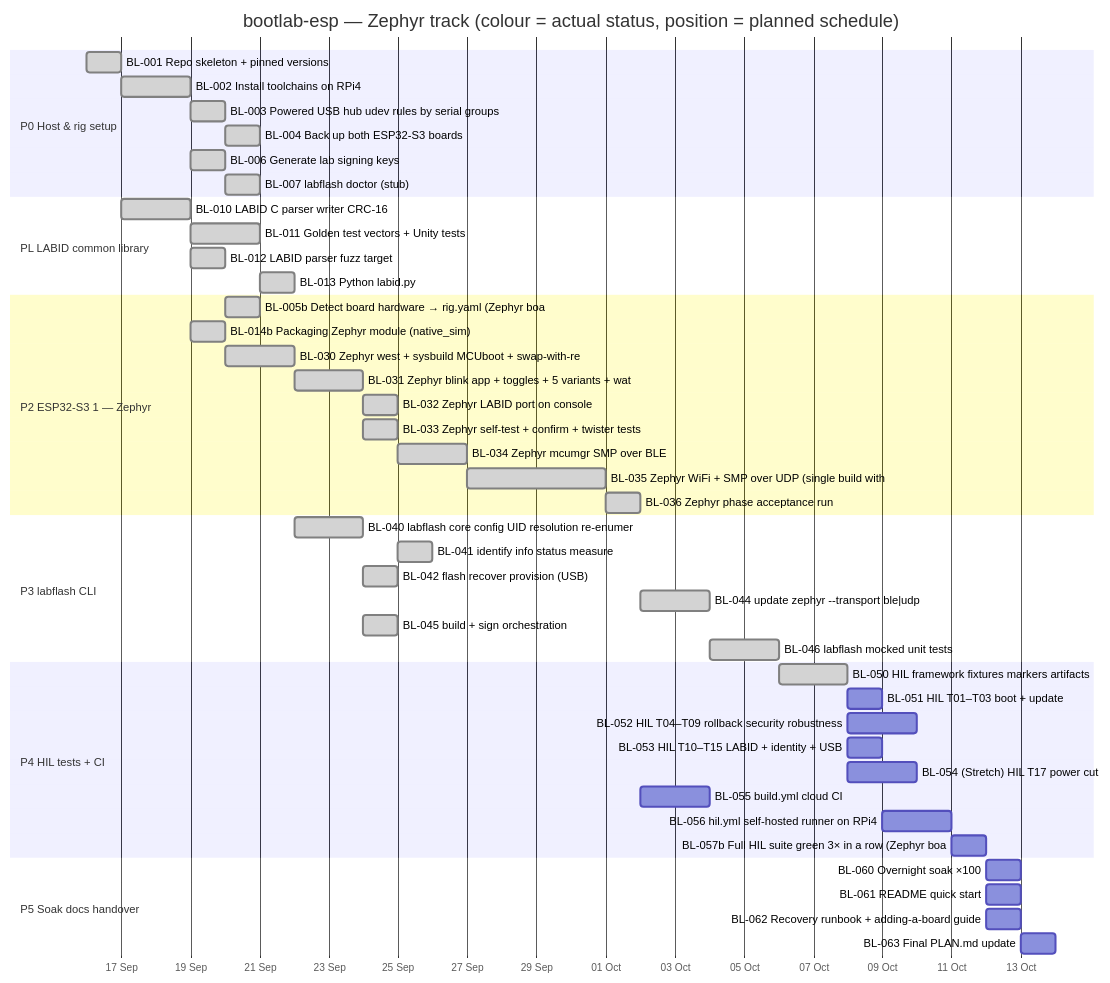
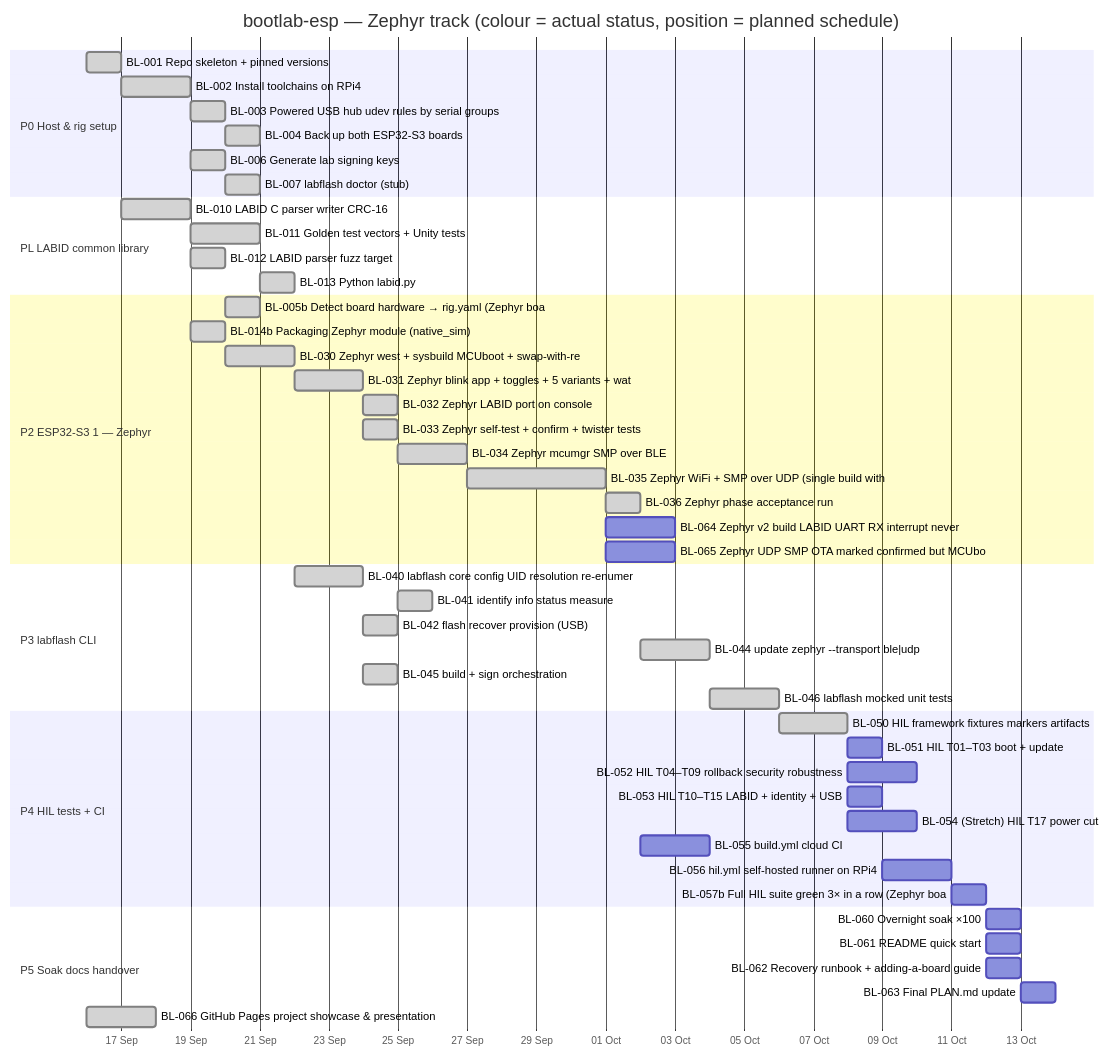
Before and after one commit to mohamed-soubhi/bootlab-esp: the second of 2 diagrams in tickets/GANTT.md, drawn with Mermaid. The commit also changed other lines of this file and 3 other files, not shown here.

Commit message:
feat(docs): add comprehensive GitHub Pages presentation & slide deck (BL-066)

````diff
--- a/tickets/GANTT.md
+++ b/tickets/GANTT.md
@@ -109,50 +110,53 @@
 ```mermaid
 gantt
     title bootlab-esp — Zephyr track (colour = actual status, position = planned schedule)
     dateFormat YYYY-MM-DD
     axisFormat %d %b
     todayMarker stroke-width:3px,stroke:#f80,opacity:0.7
     section P0 Host & rig setup
     BL-001 Repo skeleton + pinned versions :done, bl001, 2026-09-16, 1d
     BL-002 Install toolchains on RPi4 :done, bl002, 2026-09-17, 2d
     BL-003 Powered USB hub udev rules by serial groups :done, bl003, 2026-09-19, 1d
     BL-004 Back up both ESP32-S3 boards :done, bl004, 2026-09-20, 1d
     BL-006 Generate lab signing keys :done, bl006, 2026-09-19, 1d
     BL-007 labflash doctor (stub) :done, bl007, 2026-09-20, 1d
     section PL LABID common library
     BL-010 LABID C parser writer CRC-16 :done, bl010, 2026-09-17, 2d
     BL-011 Golden test vectors + Unity tests :done, bl011, 2026-09-19, 2d
     BL-012 LABID parser fuzz target :done, bl012, 2026-09-19, 1d
     BL-013 Python labid.py :done, bl013, 2026-09-21, 1d
     section P2 ESP32-S3 1 — Zephyr
     BL-005b Detect board hardware → rig.yaml (Zephyr boa :done, bl005b, 2026-09-20, 1d
     BL-014b Packaging Zephyr module (native_sim) :done, bl014b, 2026-09-19, 1d
     BL-030 Zephyr west + sysbuild MCUboot + swap-with-re :done, bl030, 2026-09-20, 2d
     BL-031 Zephyr blink app + toggles + 5 variants + wat :done, bl031, 2026-09-22, 2d
     BL-032 Zephyr LABID port on console :done, bl032, 2026-09-24, 1d
     BL-033 Zephyr self-test + confirm + twister tests :done, bl033, 2026-09-24, 1d
     BL-034 Zephyr mcumgr SMP over BLE :done, bl034, 2026-09-25, 2d
     BL-035 Zephyr WiFi + SMP over UDP (single build with :done, bl035, 2026-09-27, 4d
     BL-036 Zephyr phase acceptance run :done, bl036, 2026-10-01, 1d
+    BL-064 Zephyr v2 build LABID UART RX interrupt never :bl064, 2026-10-01, 2d
+    BL-065 Zephyr UDP SMP OTA marked confirmed but MCUbo :bl065, 2026-10-01, 2d
     section P3 labflash CLI
     BL-040 labflash core config UID resolution re-enumer :done, bl040, 2026-09-22, 2d
     BL-041 identify info status measure :done, bl041, 2026-09-25, 1d
     BL-042 flash recover provision (USB) :done, bl042, 2026-09-24, 1d
     BL-044 update zephyr --transport ble|udp :done, bl044, 2026-10-02, 2d
     BL-045 build + sign orchestration :done, bl045, 2026-09-24, 1d
     BL-046 labflash mocked unit tests :done, bl046, 2026-10-04, 2d
     section P4 HIL tests + CI
     BL-050 HIL framework fixtures markers artifacts :done, bl050, 2026-10-06, 2d
     BL-051 HIL T01–T03 boot + update :bl051, 2026-10-08, 1d
     BL-052 HIL T04–T09 rollback security robustness :bl052, 2026-10-08, 2d
     BL-053 HIL T10–T15 LABID + identity + USB :bl053, 2026-10-08, 1d
     BL-054 (Stretch) HIL T17 power cut :bl054, 2026-10-08, 2d
     BL-055 build.yml cloud CI :bl055, 2026-10-02, 2d
     BL-056 hil.yml self-hosted runner on RPi4 :bl056, 2026-10-09, 2d
     BL-057b Full HIL suite green 3× in a row (Zephyr boa :bl057b, 2026-10-11, 1d
     section P5 Soak docs handover
     BL-060 Overnight soak ×100 :bl060, 2026-10-12, 1d
     BL-061 README quick start :bl061, 2026-10-12, 1d
     BL-062 Recovery runbook + adding-a-board guide :bl062, 2026-10-12, 1d
     BL-063 Final PLAN.md update :bl063, 2026-10-13, 1d
+    BL-066 GitHub Pages project showcase & presentation :done, bl066, 2026-09-16, 2d
 ```
````
